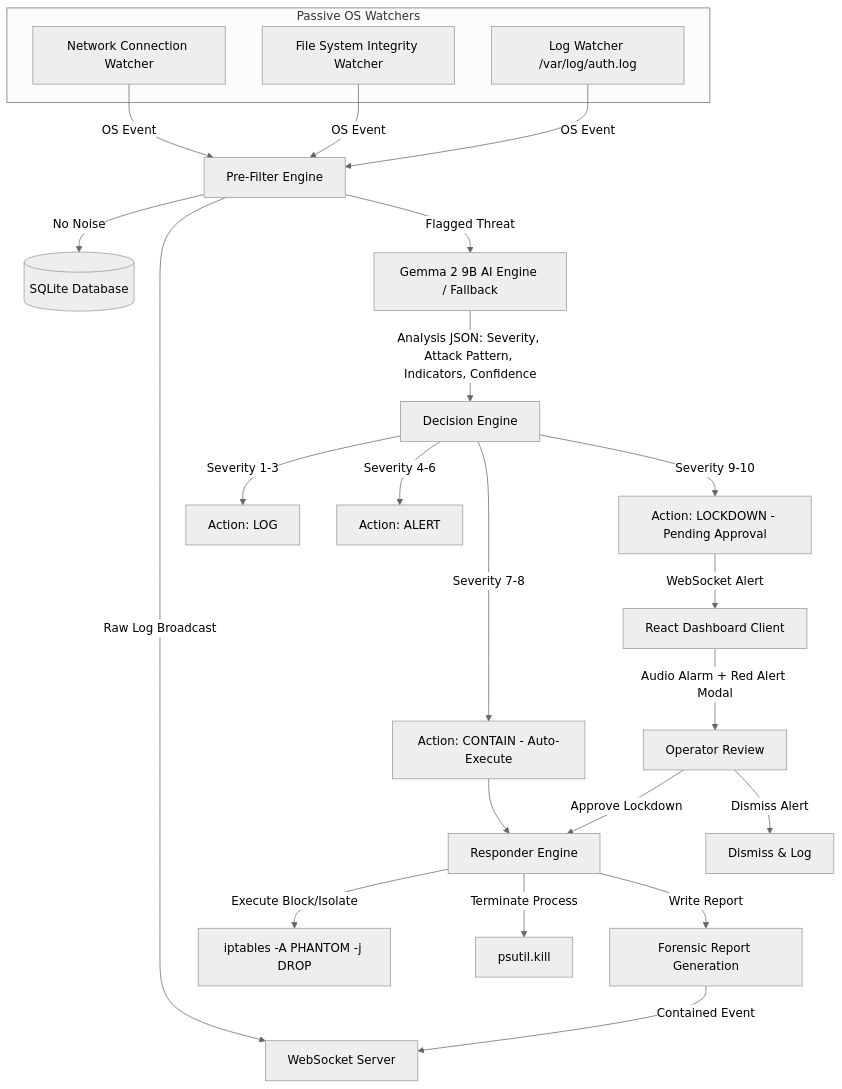
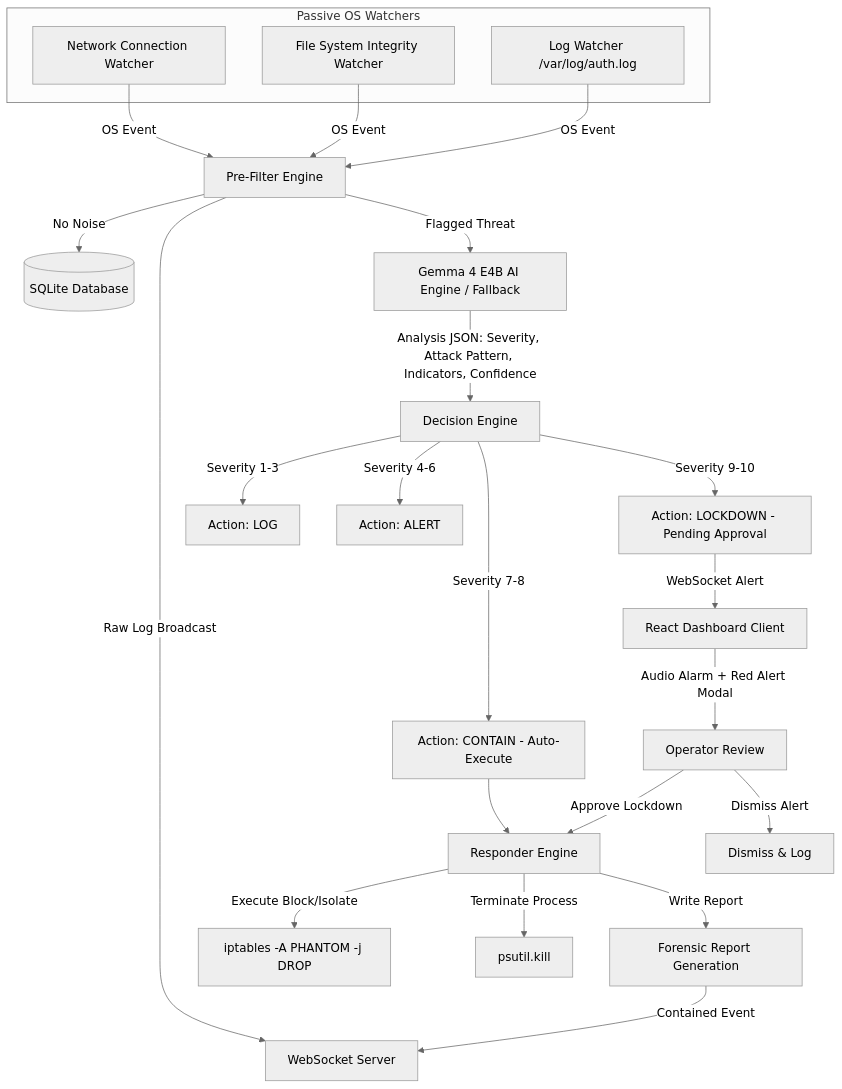
The diagram in README.md (iam-tarun-86/phantomagent), drawn with Mermaid (neutral theme) before and after one commit. The commit also changed other lines of this file and 1 other file, not shown here.

Commit message:
docs: correct local LLM model to Gemma 4 E4B

````diff
--- a/README.md
+++ b/README.md
@@ -27,41 +27,41 @@
 ```mermaid
 graph TD
     %% Watchers Section
     subgraph Watchers [Passive OS Watchers]
         NW[Network Connection Watcher]
         FW[File System Integrity Watcher]
         LW[Log Watcher /var/log/auth.log]
     end
 
     %% Pre-Filter
     NW --> |OS Event| PF[Pre-Filter Engine]
     FW --> |OS Event| PF
     LW --> |OS Event| PF
 
     %% Database & Live Logs
     PF --> |No Noise| DB[(SQLite Database)]
     PF --> |Raw Log Broadcast| WS[WebSocket Server]
 
     %% AI Pipeline
-    PF --> |Flagged Threat| QE[Gemma 2 9B AI Engine / Fallback]
+    PF --> |Flagged Threat| QE[Gemma 4 E4B AI Engine / Fallback]
     QE --> |Analysis JSON: Severity, Attack Pattern, Indicators, Confidence| DE[Decision Engine]
 
     %% Decision Engine Routing
     DE --> |Severity 1-3| LOG[Action: LOG]
     DE --> |Severity 4-6| ALT[Action: ALERT]
     DE --> |Severity 7-8| AC[Action: CONTAIN - Auto-Execute]
     DE --> |Severity 9-10| LA[Action: LOCKDOWN - Pending Approval]
 
     %% Responder Action
     AC --> RESP[Responder Engine]
     LA --> |WebSocket Alert| UI[React Dashboard Client]
     UI --> |Audio Alarm + Red Alert Modal| OP[Operator Review]
     OP --> |Approve Lockdown| RESP
     OP --> |Dismiss Alert| DIS[Dismiss & Log]
 
     %% Responder Execution
     RESP --> |Execute Block/Isolate| iptables[iptables -A PHANTOM -j DROP]
     RESP --> |Terminate Process| Kill[psutil.kill]
     RESP --> |Write Report| FR[Forensic Report Generation]
     FR --> |Contained Event| WS
 ```
````
